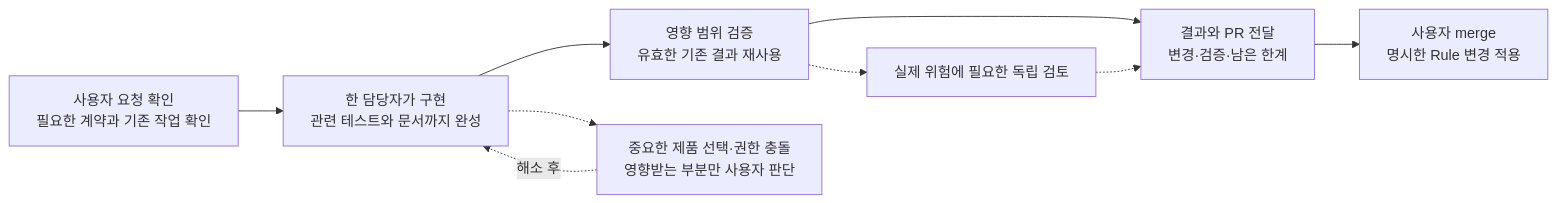
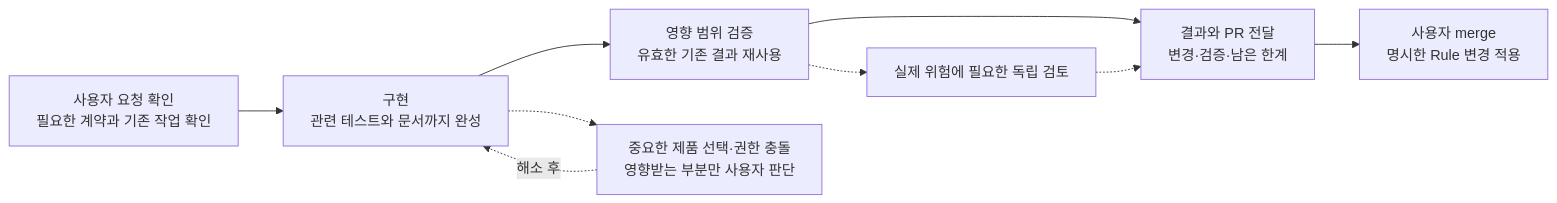
Before and after one commit to blahaj94/dfragon: the diagram in scripts/workflow.mmd, drawn with Mermaid. The commit also changed 2 other files, not shown here.

```diff
--- a/scripts/workflow.mmd
+++ b/scripts/workflow.mmd
@@ -1,13 +1,13 @@
 flowchart LR
   U["사용자 요청 확인<br/>필요한 계약과 기존 작업 확인"]
-  W["한 담당자가 구현<br/>관련 테스트와 문서까지 완성"]
+  W["구현<br/>관련 테스트와 문서까지 완성"]
   V["영향 범위 검증<br/>유효한 기존 결과 재사용"]
   R["결과와 PR 전달<br/>변경·검증·남은 한계"]
   M["사용자 merge<br/>명시한 Rule 변경 적용"]
   Q["중요한 제품 선택·권한 충돌<br/>영향받는 부분만 사용자 판단"]
   I["실제 위험에 필요한 독립 검토"]
   U --> W --> V --> R --> M
   W -.-> Q
   Q -.->|해소 후| W
   V -.-> I
   I -.-> R
```
